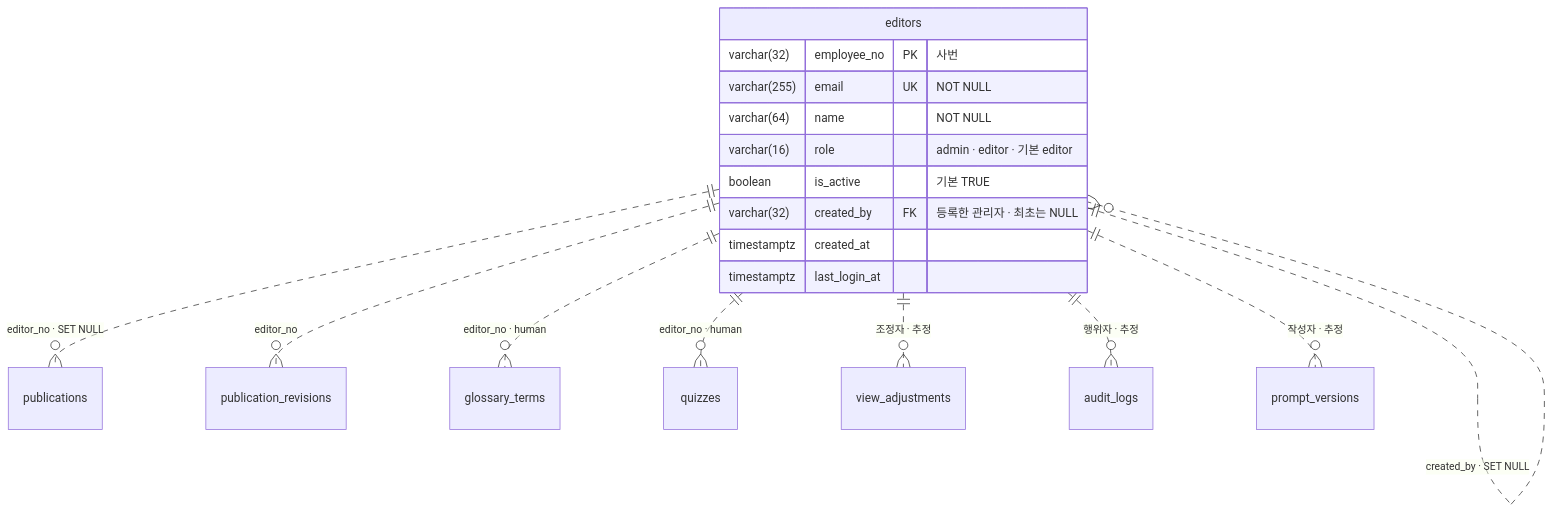
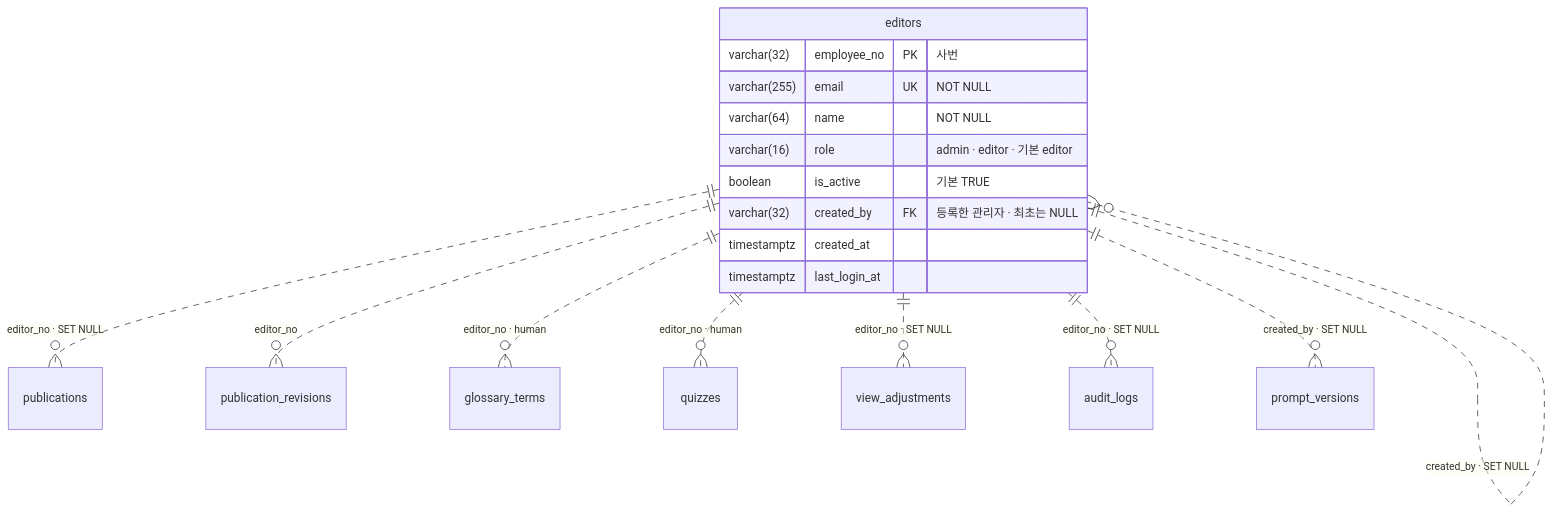
One commit to sedaily-ai/AILENS changed the diagram in docs/architecture/lens-erd-src/02-editors.mmd. Above: the diagram before and after it, drawn with Mermaid. The commit also changed 14 other files, not shown here.

First line of the commit message:
docs(db): 원본 lens_schema.sql 확보 후 ERD 전체 대조·정정

```diff
--- a/docs/architecture/lens-erd-src/02-editors.mmd
+++ b/docs/architecture/lens-erd-src/02-editors.mmd
@@ -1,20 +1,20 @@
 erDiagram
   editors {
     varchar(32) employee_no PK "사번"
     varchar(255) email UK "NOT NULL"
     varchar(64) name "NOT NULL"
     varchar(16) role "admin · editor · 기본 editor"
     boolean is_active "기본 TRUE"
     varchar(32) created_by FK "등록한 관리자 · 최초는 NULL"
     timestamptz created_at
     timestamptz last_login_at
   }
 
   editors ||..o{ editors : "created_by · SET NULL"
   editors ||..o{ publications : "editor_no · SET NULL"
   editors ||..o{ publication_revisions : "editor_no"
   editors ||..o{ glossary_terms : "editor_no · human"
   editors ||..o{ quizzes : "editor_no · human"
-  editors ||..o{ view_adjustments : "조정자 · 추정"
-  editors ||..o{ audit_logs : "행위자 · 추정"
-  editors ||..o{ prompt_versions : "작성자 · 추정"
+  editors ||..o{ view_adjustments : "editor_no · SET NULL"
+  editors ||..o{ audit_logs : "editor_no · SET NULL"
+  editors ||..o{ prompt_versions : "created_by · SET NULL"
```
